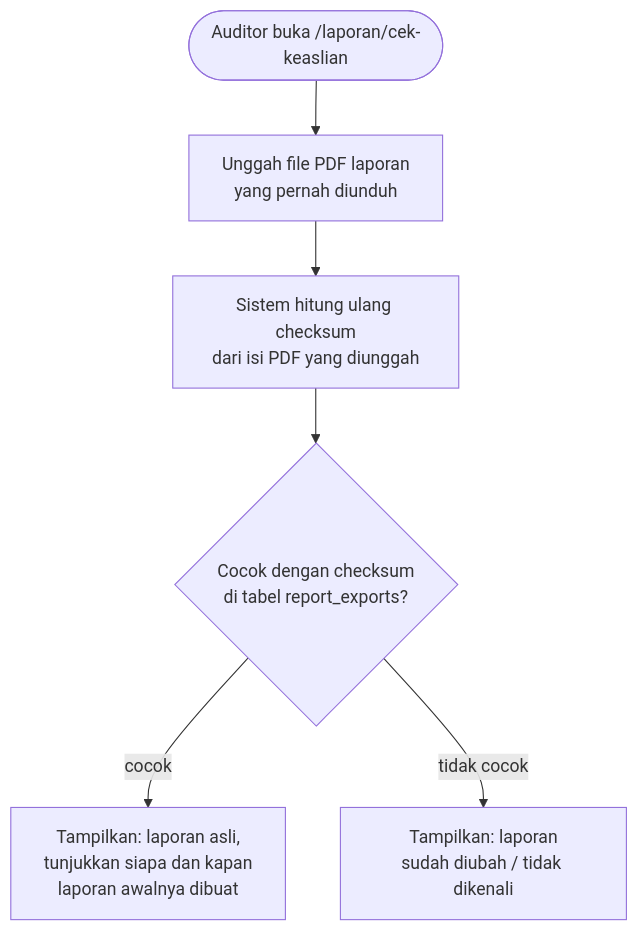
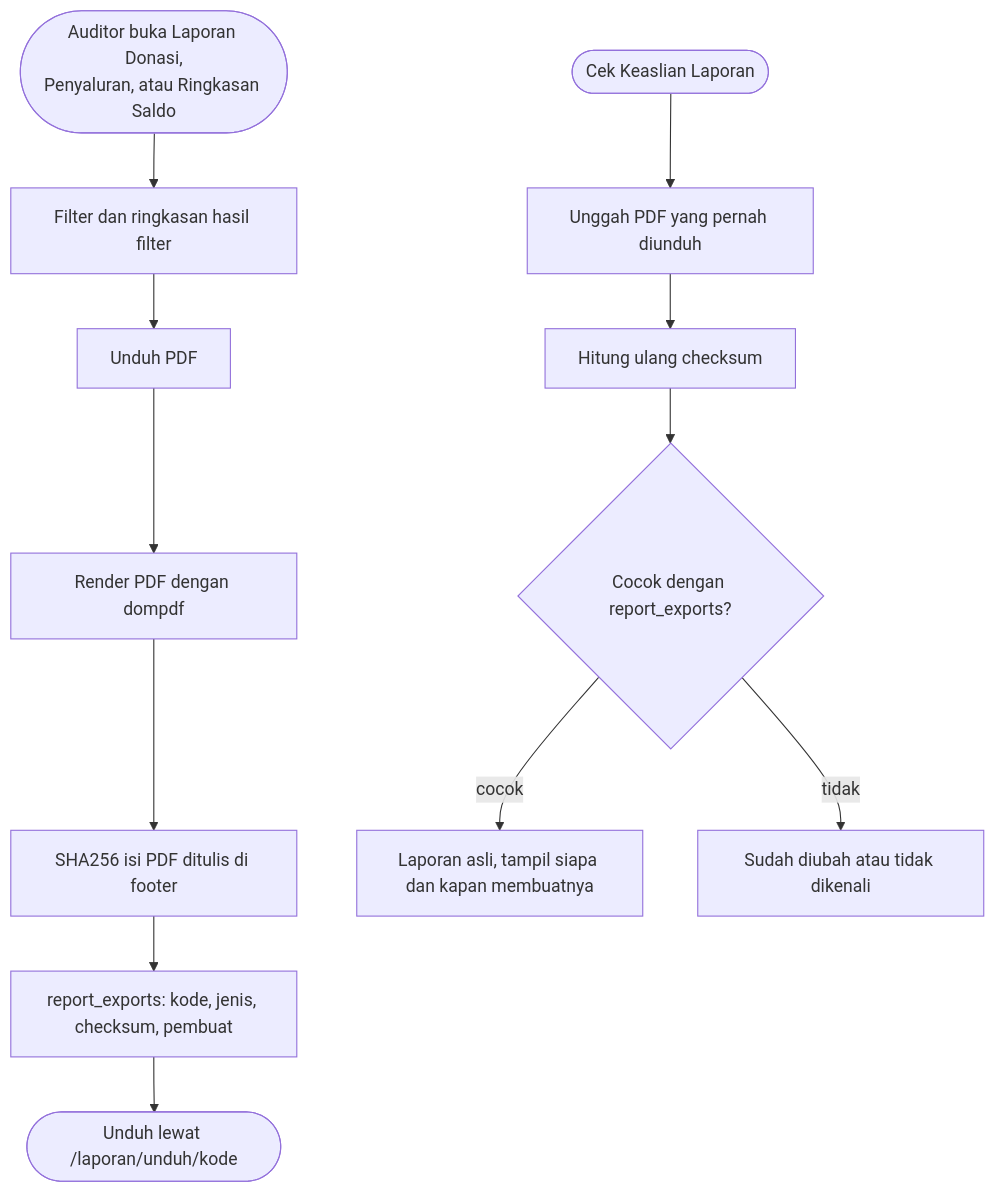
Diagram 11 of 12 in docs/ALUR_KERJA.md (muhammad-rapi/sidona), drawn with Mermaid before and after one commit. The commit also changed other lines of this file and 2 other files, not shown here.

````diff
--- a/docs/ALUR_KERJA.md
+++ b/docs/ALUR_KERJA.md
@@ -220,8 +231,15 @@
 ```mermaid
 flowchart TD
-    A([Auditor buka /laporan/cek-keaslian]) --> B[Unggah file PDF laporan\nyang pernah diunduh]
-    B --> C[Sistem hitung ulang checksum\ndari isi PDF yang diunggah]
-    C --> D{Cocok dengan checksum\ndi tabel report_exports?}
-    D -->|cocok| E[Tampilkan: laporan asli,\ntunjukkan siapa dan kapan\nlaporan awalnya dibuat]
-    D -->|tidak cocok| F[Tampilkan: laporan\nsudah diubah / tidak dikenali]
+    A([Auditor buka Laporan Donasi,\nPenyaluran, atau Ringkasan Saldo]) --> B[Filter dan ringkasan hasil filter]
+    B --> C[Unduh PDF]
+    C --> D[Render PDF dengan dompdf]
+    D --> E[SHA256 isi PDF ditulis di footer]
+    E --> F[report_exports: kode, jenis, checksum, pembuat]
+    F --> G([Unduh lewat /laporan/unduh/kode])
+
+    H([Cek Keaslian Laporan]) --> I[Unggah PDF yang pernah diunduh]
+    I --> J[Hitung ulang checksum]
+    J --> K{Cocok dengan report_exports?}
+    K -->|cocok| L[Laporan asli, tampil siapa dan kapan membuatnya]
+    K -->|tidak| M[Sudah diubah atau tidak dikenali]
 ```
````
